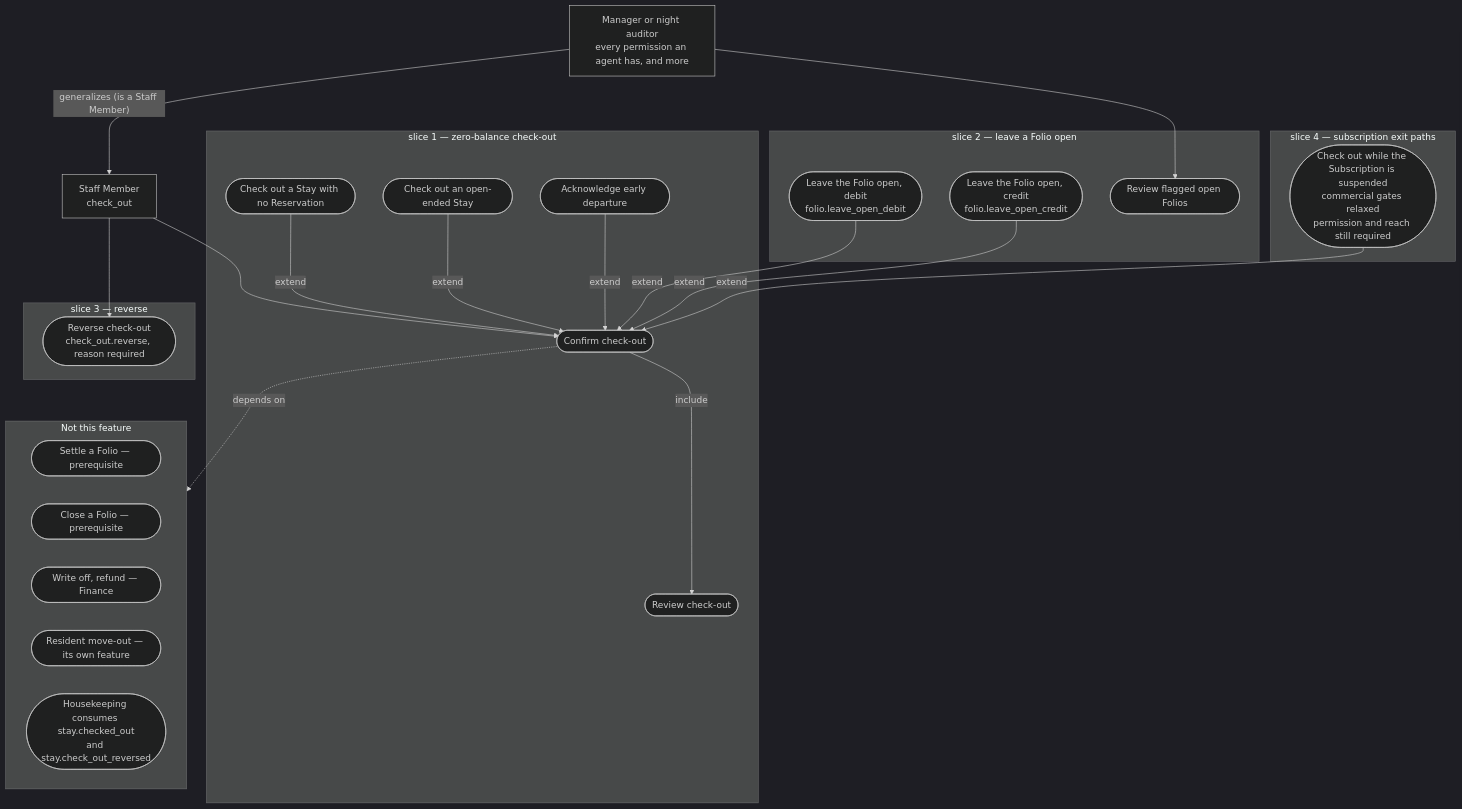
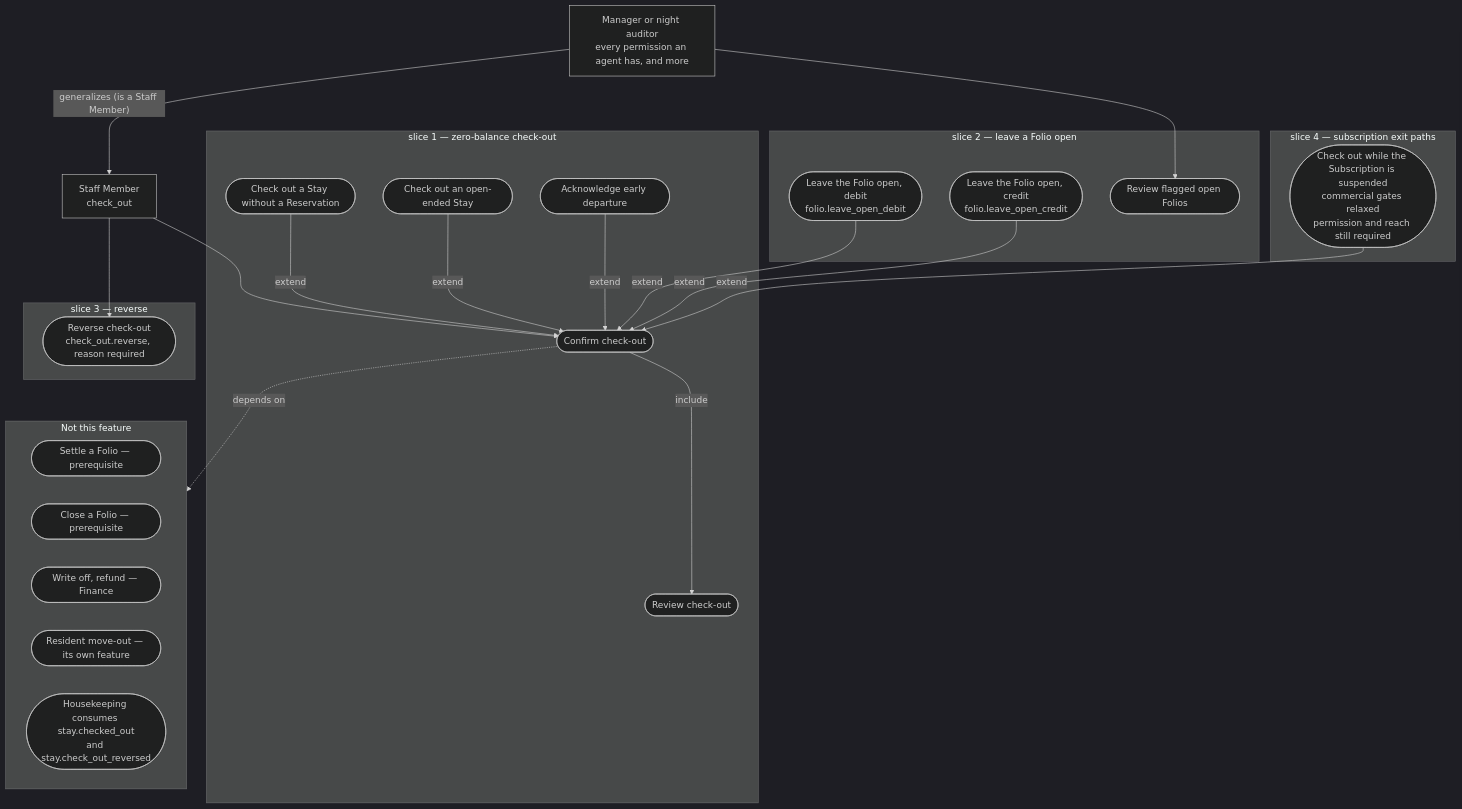
One commit to prizic/ranza changed the diagram in docs/features/check-out/use-case.mmd. Above: the diagram before and after it, drawn with Mermaid (dark theme). The commit also changed 2 other files, not shown here.

First paragraph of the commit message:
docs(check-out): the boundaries, and what the code already does differently
94 rows. Every transition in states.mmd has one, every alternative flow in
use-case.mmd has one, and none is enforced by the interface alone.

```diff
--- a/docs/features/check-out/use-case.mmd
+++ b/docs/features/check-out/use-case.mmd
@@ -1,74 +1,72 @@
 %% Slices decide implementation order and nothing else:
 %%   s1 zero-balance check-out   s2 leave a Folio open   s3 reverse   s4 subscription exit paths
 %% A flowchart rather than usecase-beta: see .claude/skills/feature-design/SKILL.md step b.
 %% UML directions: include points base --> included. extend points extension --> base.
 %% Refusals and contention are test cases, not use cases: they are rows in edge-cases.csv.
 %% State transitions are in states.mmd and are deliberately not repeated here.
 flowchart TD
 
   SM["Staff Member<br/>check_out"]
   MGR["Manager or night auditor<br/>every permission an agent has, and more"]
 
   subgraph S4["slice 4 &mdash; subscription exit paths"]
     EXIT(["Check out while the Subscription is suspended<br/>commercial gates relaxed<br/>permission and reach still required"])
   end
 
   subgraph S2["slice 2 &mdash; leave a Folio open"]
     OPENCR(["Leave the Folio open, credit<br/>folio.leave_open_credit"])
     OPENDR(["Leave the Folio open, debit<br/>folio.leave_open_debit"])
     REVIEWLIST(["Review flagged open Folios"])
   end
 
   subgraph S1["slice 1 &mdash; zero-balance check-out"]
     EARLY(["Acknowledge early departure"])
     RESIDENT(["Check out an open-ended Stay"])
-    WALKIN(["Check out a Stay with no Reservation"])
+    WALKIN(["Check out a Stay without a Reservation"])
     CONFIRM(["Confirm check-out"])
     REVIEW(["Review check-out"])
   end
 
   subgraph S3["slice 3 &mdash; reverse"]
     REVERSE(["Reverse check-out<br/>check_out.reverse, reason required"])
   end
 
   subgraph OUT["Not this feature"]
     SETTLE(["Settle a Folio &mdash; prerequisite"])
     CLOSEF(["Close a Folio &mdash; prerequisite"])
     FIN(["Write off, refund &mdash; Finance"])
     MOVEOUT(["Resident move-out &mdash; its own feature"])
     HK(["Housekeeping consumes stay.checked_out<br/>and stay.check_out_reversed"])
   end
 
   EXIT -- "extend" --> CONFIRM
   OPENCR -- "extend" --> CONFIRM
   OPENDR -- "extend" --> CONFIRM
   EARLY -- "extend" --> CONFIRM
   RESIDENT -- "extend" --> CONFIRM
   WALKIN -- "extend" --> CONFIRM
   CONFIRM -- "include" --> REVIEW
 
   SM --> CONFIRM
   SM --> REVERSE
   MGR --> REVIEWLIST
   MGR -- "generalizes (is a Staff Member)" --> SM
 
   CONFIRM -. "depends on" .-> OUT
 
   %% NOTE: slice 1 early departure works only when the balance is already zero.
   %% A prepaid early departure usually leaves a credit, which needs slice 2.
   %% Which of the two it is depends on the open question below about when
   %% room nights are charged.
 
-  %% OPEN: when are room nights charged - all at check-in, or per night at rollover?
-  %% OPEN: early departure money - a fee, or a refund of prepaid nights? No rate model.
-  %% OPEN: does check-out print or email a bill, and does it trigger Turkish
-  %% e-Arsiv / e-Fatura invoicing, or is that a separate Finance step?
-  %% OPEN: a charge refused because the Folio just closed - where does it go?
-  %% OPEN: a Manager rejects a flagged open Folio - what happens then?
-  %% OPEN: who approves a refund, and above what amount?
-  %% OPEN: KBS departure notification - does Ranza report it, and does a
-  %% suspended Organization still owe it?
-  %% OPEN: automatic cutoff only, or a manual night-audit close? Who may change a cutoff?
-  %% OPEN: Subscription grace period length, and who may extend it?
-  %% OPEN: does ADR 0022 get amended to use the status-change history table,
-  %% or do the two reversal shapes stay different? Settled at step e.
+  %% OPEN: a Manager rejects a flagged open Folio - what happens then? s2, CO-S2-08
+  %% DEFERRED, each owned by another feature and tracked as a row:
+  %%   when room nights are charged        room-charge posting   CO-S1-30
+  %%   early departure money, rates        rates                 CO-S1-31
+  %%   the bill, e-Arsiv / e-Fatura        Finance invoicing     CO-S1-32
+  %%   KBS departure notification          compliance            CO-S1-33
+  %%   how the business date rolls         ADR 0021              CO-S1-34
+  %%   a charge refused by a closed Folio  Folio and F&B         CO-S2-12
+  %%   who approves a refund               Finance               CO-S2-13
+  %%   subscription grace period           subscription ADR      CO-S4-07
+  %%   nothing reaches reserved            room assignment       CO-NB-10
```
